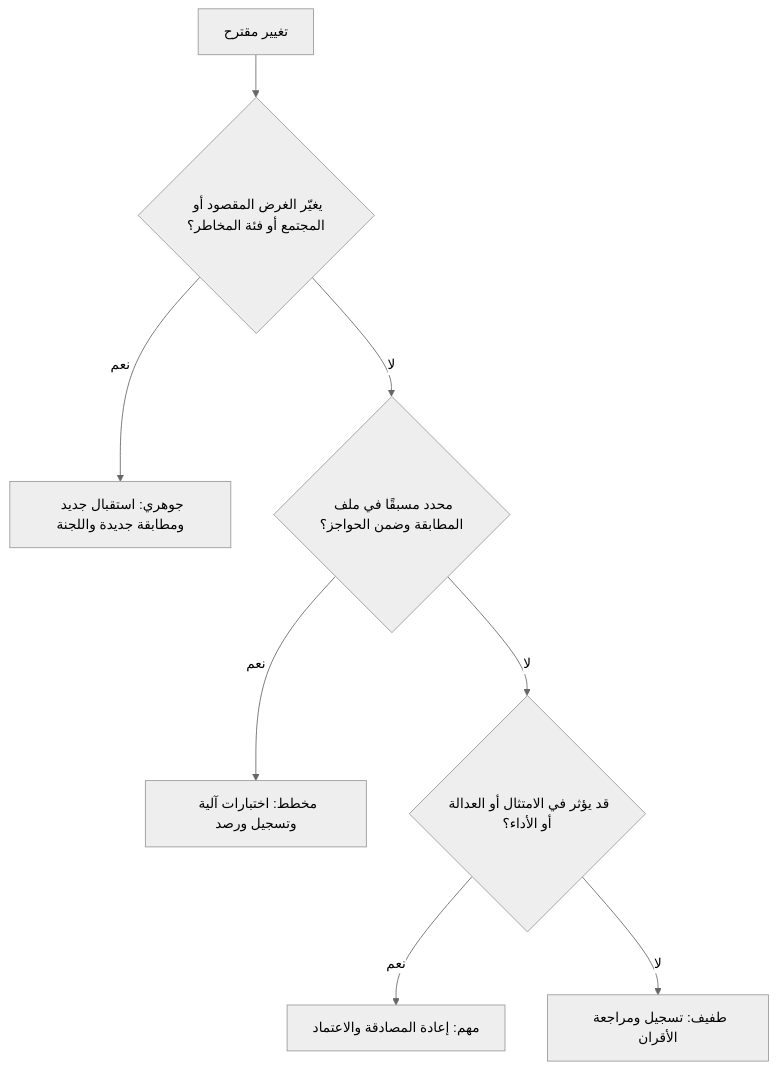
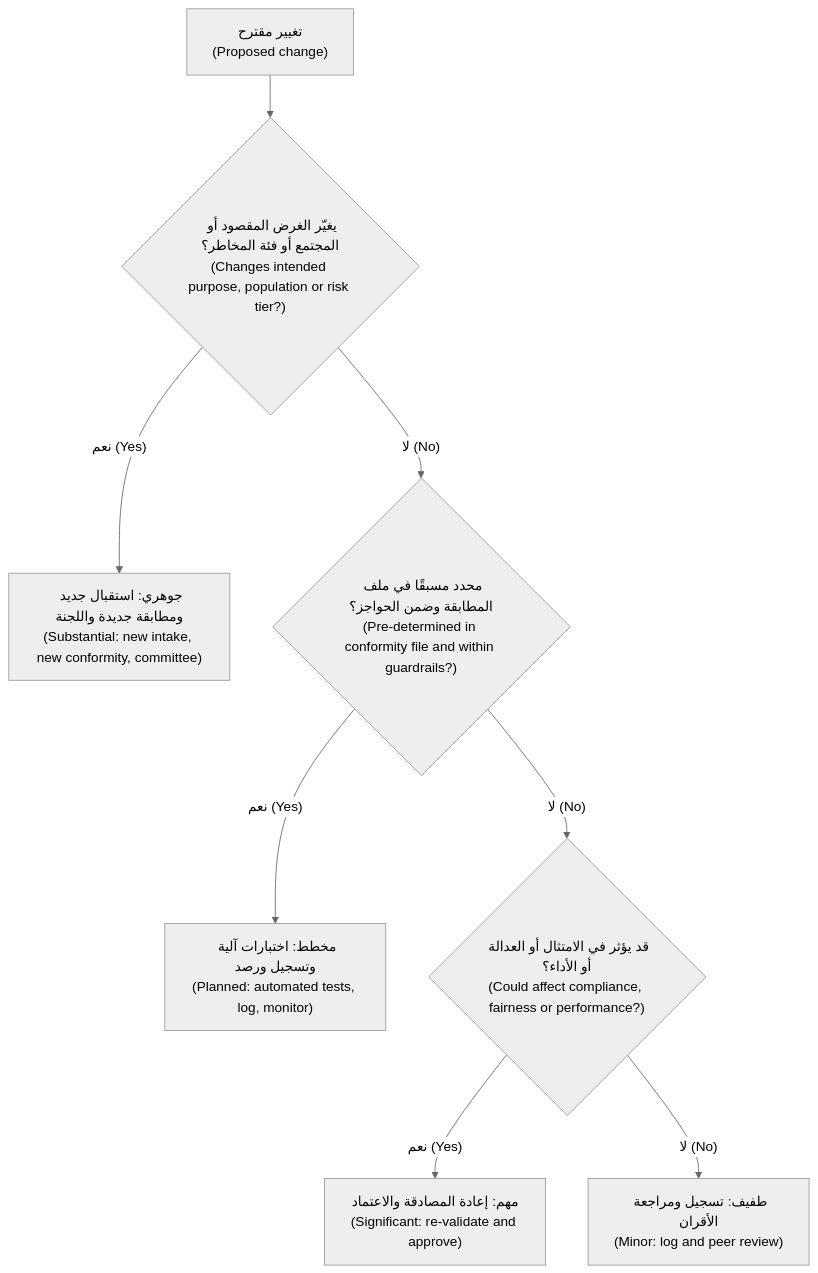
Before and after one commit to Tamoura/system-design-for-vibe-coders: the third of 3 diagrams in aigp/modules/10-release-monitor.ar.md, drawn with Mermaid (neutral theme). The commit also changed other lines of this file and 62 other files, not shown here.

First line of the commit message:
Arabic editions: English on every diagram label, RTL fixes, rebuild

````diff
--- a/aigp/modules/10-release-monitor.ar.md
+++ b/aigp/modules/10-release-monitor.ar.md
@@ -546,10 +546,10 @@
 ```mermaid
 flowchart TD
-  A[تغيير مقترح] --> B{يغيّر الغرض المقصود أو المجتمع أو فئة المخاطر؟}
-  B -- نعم --> S[جوهري: استقبال جديد ومطابقة جديدة واللجنة]
-  B -- لا --> C{محدد مسبقًا في ملف المطابقة وضمن الحواجز؟}
-  C -- نعم --> M[مخطط: اختبارات آلية وتسجيل ورصد]
-  C -- لا --> D{قد يؤثر في الامتثال أو العدالة أو الأداء؟}
-  D -- نعم --> G[مهم: إعادة المصادقة والاعتماد]
-  D -- لا --> N[طفيف: تسجيل ومراجعة الأقران]
+  A["تغيير مقترح<br/>(Proposed change)"] --> B{"يغيّر الغرض المقصود أو المجتمع أو فئة المخاطر؟<br/>(Changes intended purpose, population or risk tier?)"}
+  B -- "نعم (Yes)" --> S["جوهري: استقبال جديد ومطابقة جديدة واللجنة<br/>(Substantial: new intake, new conformity, committee)"]
+  B -- "لا (No)" --> C{"محدد مسبقًا في ملف المطابقة وضمن الحواجز؟<br/>(Pre-determined in conformity file and within guardrails?)"}
+  C -- "نعم (Yes)" --> M["مخطط: اختبارات آلية وتسجيل ورصد<br/>(Planned: automated tests, log, monitor)"]
+  C -- "لا (No)" --> D{"قد يؤثر في الامتثال أو العدالة أو الأداء؟<br/>(Could affect compliance, fairness or performance?)"}
+  D -- "نعم (Yes)" --> G["مهم: إعادة المصادقة والاعتماد<br/>(Significant: re-validate and approve)"]
+  D -- "لا (No)" --> N["طفيف: تسجيل ومراجعة الأقران<br/>(Minor: log and peer review)"]
 ```
````
